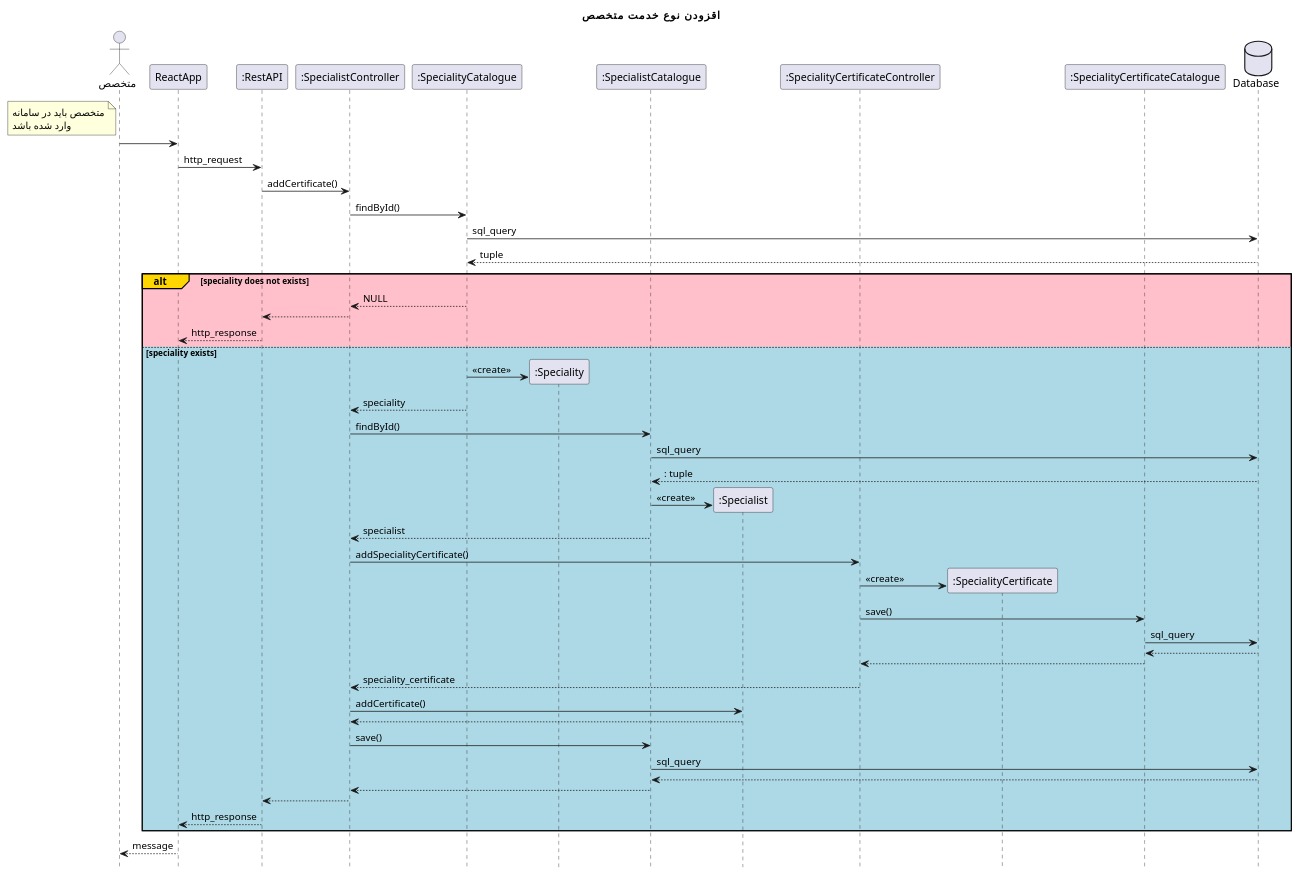
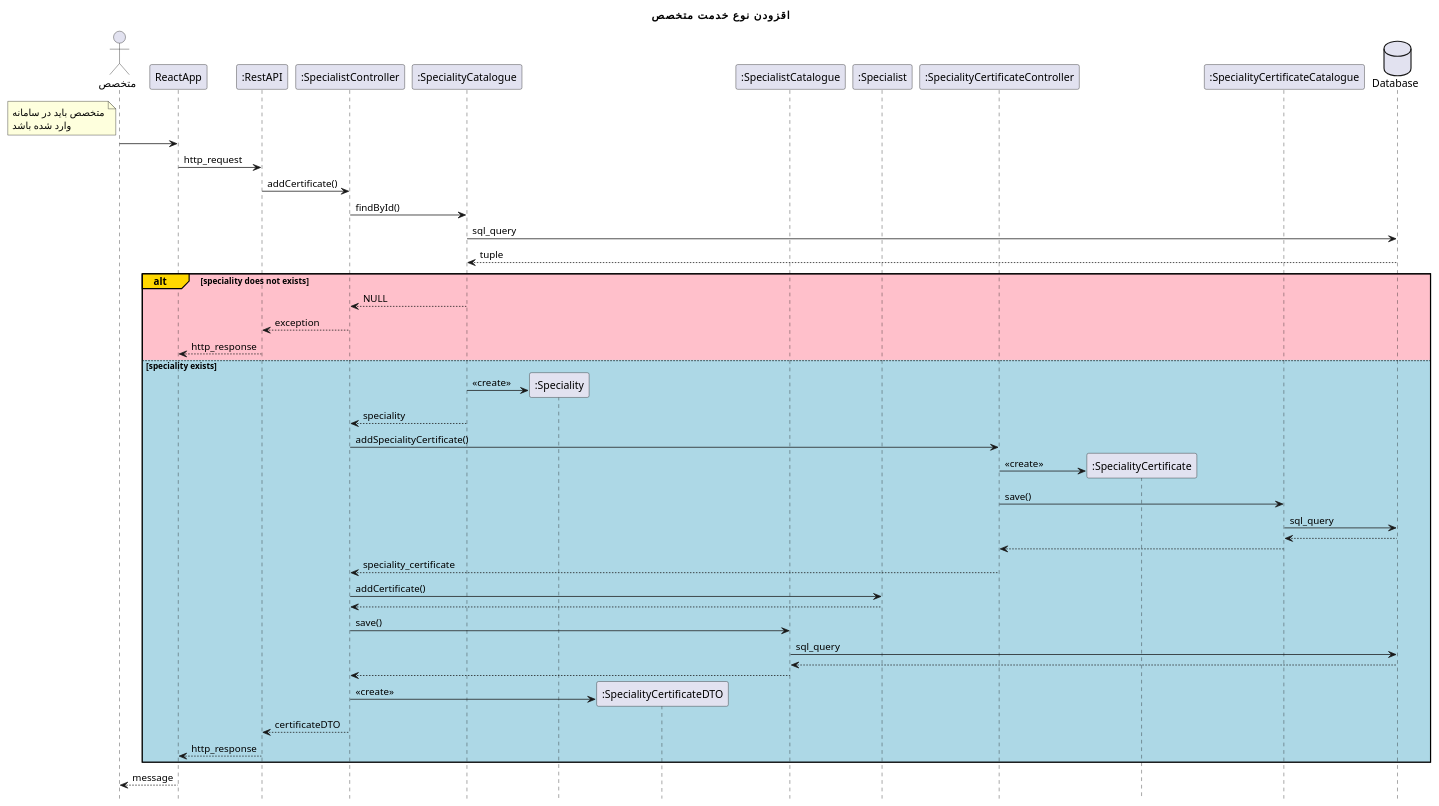
The diagram in design sequence diagams/addCertificate.plantuml (Khedmatkar-OOD-spring-2022/Model-and-Documents), drawn with PlantUML before and after one commit. The commit also changed 20 other files, not shown here.

```diff
--- a/design sequence diagams/addCertificate.plantuml
+++ b/design sequence diagams/addCertificate.plantuml
@@ -1,63 +1,57 @@
 @startuml logout
 ' TODO: check speciality does exist
 hide footbox
 title "اقزودن نوع خدمت متخصص"
 actor       "متخصص" as user
 participant ReactApp
 participant ":RestAPI" as RestAPI
 participant ":SpecialistController" as SpecialistController
 participant ":SpecialityCatalogue" as SpecialityCatalogue
 participant ":Speciality" as Speciality
-
+participant ":SpecialityCertificateDTO" as SpecialityCertificateDTO
 participant ":SpecialistCatalogue" as SpecialistCatalogue
 participant ":Specialist" as Specialist
 participant ":SpecialityCertificateController" as SpecialityCertificateController
 participant ":SpecialityCertificate" as SpecialityCertificate
 participant ":SpecialityCertificateCatalogue" as SpecialityCertificateCatalogue
 database Database
 
 note left of user
     متخصص باید در سامانه
     وارد شده باشد
 end note
 
 user -> ReactApp: 
 ReactApp -> RestAPI : http_request
 RestAPI -> SpecialistController : addCertificate()
 SpecialistController -> SpecialityCatalogue : findById()
 SpecialityCatalogue -> Database : sql_query
 return tuple
 alt#gold #pink speciality does not exists
     SpecialityCatalogue --> SpecialistController: NULL
-    SpecialistController --> RestAPI
+    SpecialistController --> RestAPI: exception
     RestAPI --> ReactApp : http_response
 
 else #LightBlue speciality exists
     SpecialityCatalogue -> Speciality ** : <<create>>
     SpecialityCatalogue --> SpecialistController : speciality
-    SpecialistController -> SpecialistCatalogue : findById()
-    SpecialistCatalogue -> Database: sql_query
-    return: tuple
-    SpecialistCatalogue -> Specialist ** :<<create>>
-    SpecialistCatalogue --> SpecialistController : specialist
     SpecialistController -> SpecialityCertificateController: addSpecialityCertificate()
     SpecialityCertificateController -> SpecialityCertificate ** :<<create>>
     SpecialityCertificateController -> SpecialityCertificateCatalogue : save()
     SpecialityCertificateCatalogue -> Database: sql_query
     return
     SpecialityCertificateCatalogue --> SpecialityCertificateController
     SpecialityCertificateController --> SpecialistController: speciality_certificate
     SpecialistController -> Specialist : addCertificate()
     return
     SpecialistController -> SpecialistCatalogue: save()
     SpecialistCatalogue ->Database: sql_query
     return
     SpecialistCatalogue --> SpecialistController
-    SpecialistController --> RestAPI
+    SpecialistController -> SpecialityCertificateDTO **: <<create>>
+    SpecialistController --> RestAPI: certificateDTO
     RestAPI --> ReactApp : http_response
 end 
 
 ReactApp --> user: message
-
-
 @enduml
```
